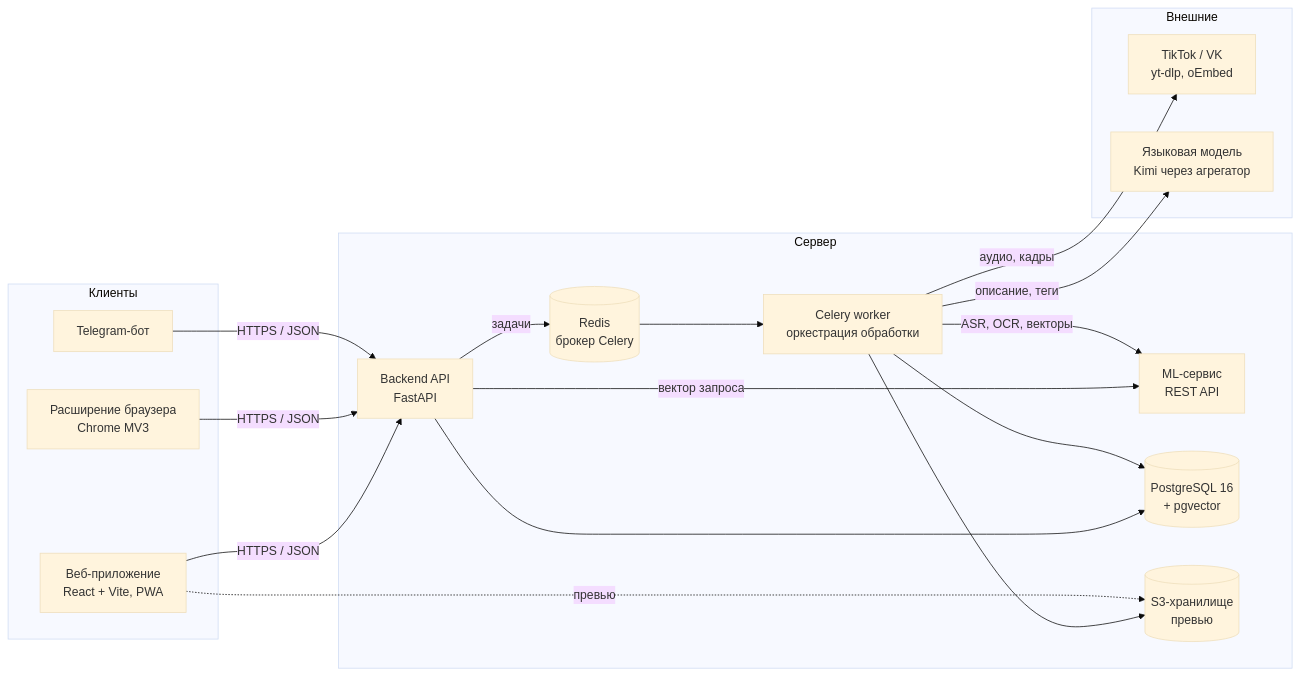
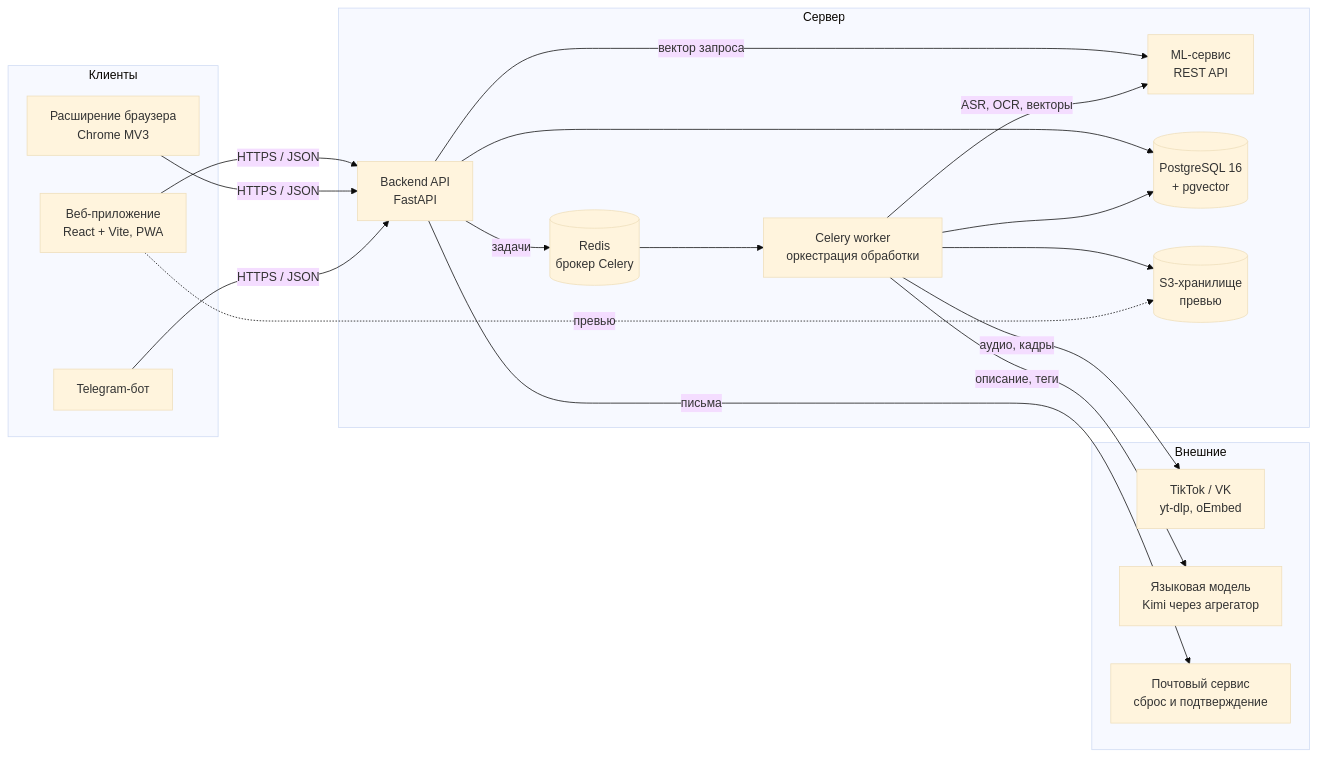
The first of 4 diagrams in docs/architecture.md (hgsihtwh/MemSearch), drawn with Mermaid (base theme) before and after one commit. The commit also changed other lines of this file and 3 other files, not shown here.

````diff
--- a/docs/architecture.md
+++ b/docs/architecture.md
@@ -22,33 +26,35 @@
 ```mermaid
 flowchart LR
     subgraph Клиенты
         PWA["Веб-приложение<br/>React + Vite, PWA"]
         EXT["Расширение браузера<br/>Chrome MV3"]
         BOT["Telegram-бот"]
     end
     subgraph Сервер
         API["Backend API<br/>FastAPI"]
         WRK["Celery worker<br/>оркестрация обработки"]
         ML["ML-сервис<br/>REST API"]
         PG[("PostgreSQL 16<br/>+ pgvector")]
         RD[("Redis<br/>брокер Celery")]
         S3[("S3-хранилище<br/>превью")]
     end
     subgraph Внешние
         SRC["TikTok / VK<br/>yt-dlp, oEmbed"]
         LLM["Языковая модель<br/>Kimi через агрегатор"]
+        MAIL["Почтовый сервис<br/>сброс и подтверждение"]
     end
     PWA -- HTTPS / JSON --> API
     EXT -- HTTPS / JSON --> API
     BOT -- HTTPS / JSON --> API
     API --> PG
+    API -- "письма" --> MAIL
     API -- задачи --> RD
     API -- "вектор запроса" --> ML
     RD --> WRK
     WRK --> PG
     WRK --> S3
     WRK -- "аудио, кадры" --> SRC
     WRK -- "ASR, OCR, векторы" --> ML
     WRK -- "описание, теги" --> LLM
     PWA -. превью .-> S3
 ```
````
